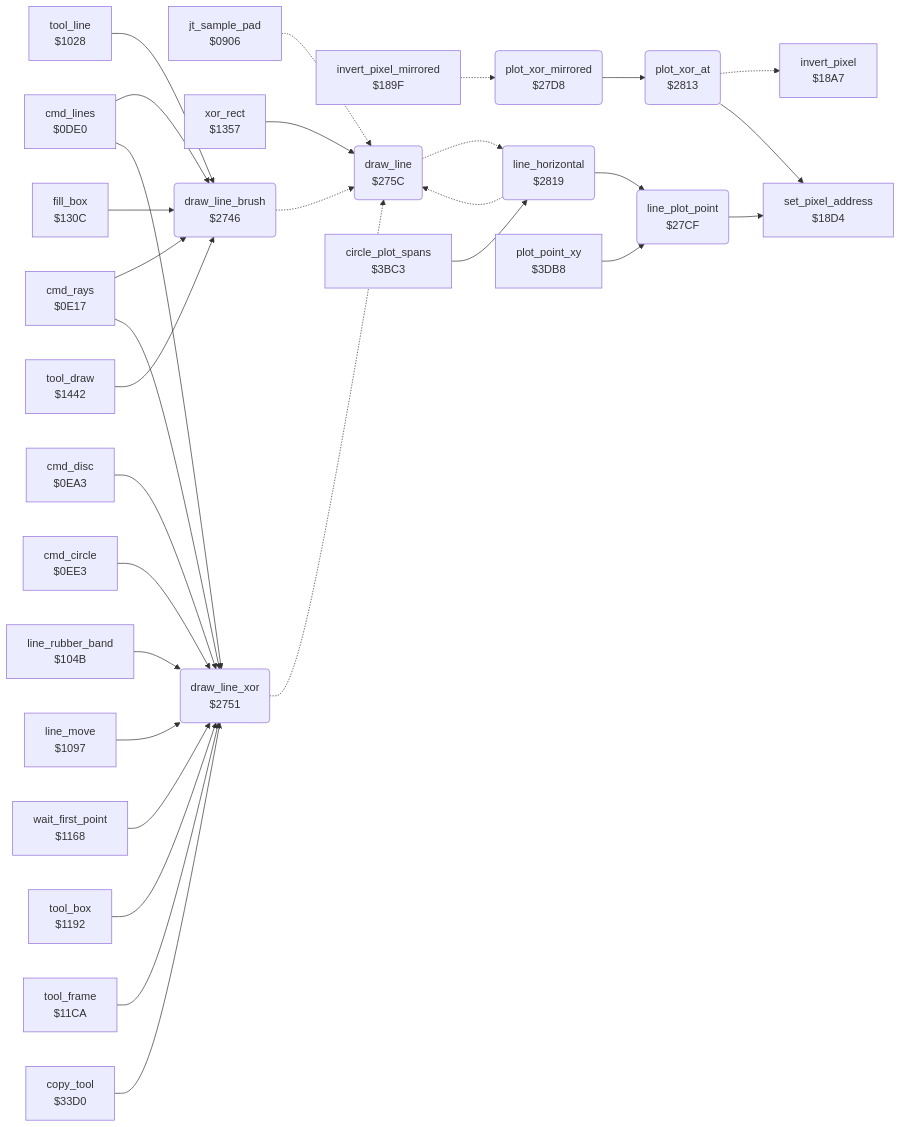
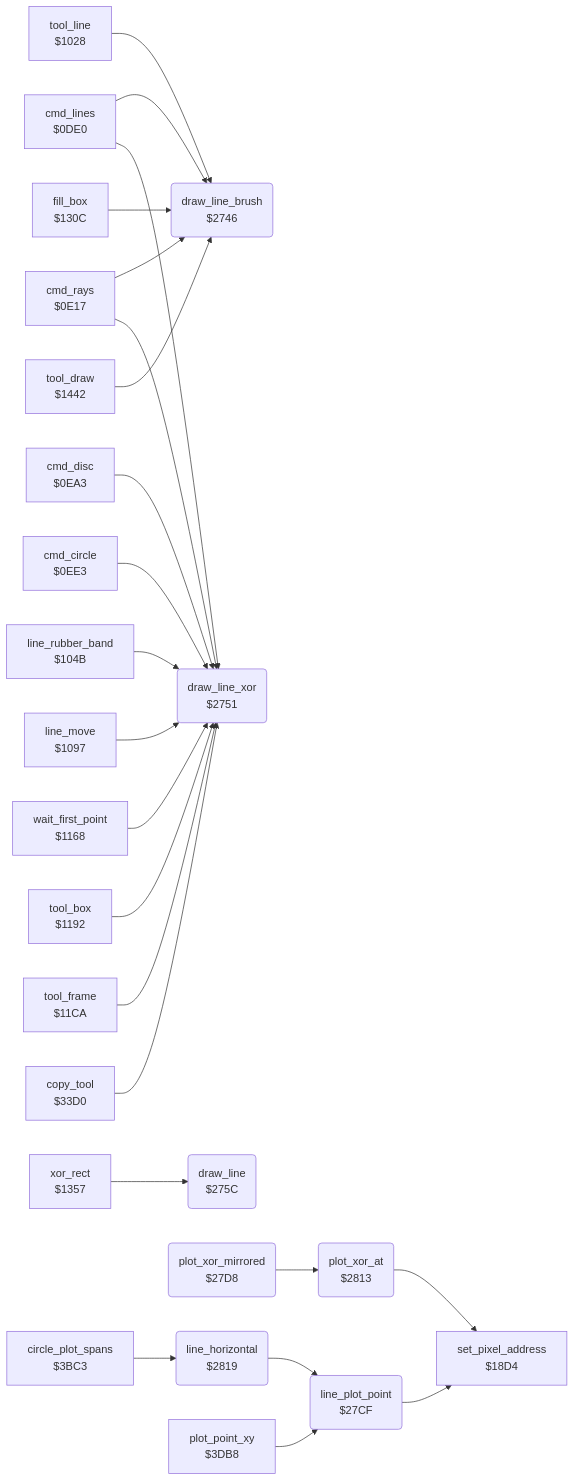
The diagram in koala_painter/v1/docs/reference/modules/graphics/bresenham_line.md (henols/c64_games), drawn with Mermaid before and after one commit. The commit also changed other lines of this file and 1100 other files, not shown here.

````diff
--- a/koala_painter/v1/docs/reference/modules/graphics/bresenham_line.md
+++ b/koala_painter/v1/docs/reference/modules/graphics/bresenham_line.md
@@ -10,59 +22,49 @@
 ```mermaid
 flowchart LR
-  n0906["jt_sample_pad<br/>$0906"]
   n0de0["cmd_lines<br/>$0DE0"]
   n0e17["cmd_rays<br/>$0E17"]
   n0ea3["cmd_disc<br/>$0EA3"]
   n0ee3["cmd_circle<br/>$0EE3"]
   n1028["tool_line<br/>$1028"]
   n104b["line_rubber_band<br/>$104B"]
   n1097["line_move<br/>$1097"]
   n1168["wait_first_point<br/>$1168"]
   n1192["tool_box<br/>$1192"]
   n11ca["tool_frame<br/>$11CA"]
   n130c["fill_box<br/>$130C"]
   n1357["xor_rect<br/>$1357"]
   n1442["tool_draw<br/>$1442"]
-  n189f["invert_pixel_mirrored<br/>$189F"]
-  n18a7["invert_pixel<br/>$18A7"]
   n18d4["set_pixel_address<br/>$18D4"]
   n2746("draw_line_brush<br/>$2746")
   n2751("draw_line_xor<br/>$2751")
   n275c("draw_line<br/>$275C")
   n27cf("line_plot_point<br/>$27CF")
   n27d8("plot_xor_mirrored<br/>$27D8")
   n2813("plot_xor_at<br/>$2813")
   n2819("line_horizontal<br/>$2819")
   n33d0["copy_tool<br/>$33D0"]
   n3bc3["circle_plot_spans<br/>$3BC3"]
   n3db8["plot_point_xy<br/>$3DB8"]
-  n0906 -.-> n275c
   n0de0 --> n2746
   n0de0 --> n2751
   n0e17 --> n2746
   n0e17 --> n2751
   n0ea3 --> n2751
   n0ee3 --> n2751
   n1028 --> n2746
   n104b --> n2751
   n1097 --> n2751
   n1168 --> n2751
   n1192 --> n2751
   n11ca --> n2751
   n130c --> n2746
   n1357 --> n275c
   n1442 --> n2746
-  n189f -.-> n27d8
-  n2746 -.-> n275c
-  n2751 -.-> n275c
-  n275c -.-> n2819
   n27cf --> n18d4
   n27d8 --> n2813
-  n2813 -.-> n18a7
   n2813 --> n18d4
-  n2819 -.-> n275c
   n2819 --> n27cf
   n33d0 --> n2751
   n3bc3 --> n2819
   n3db8 --> n27cf
 ```
````
